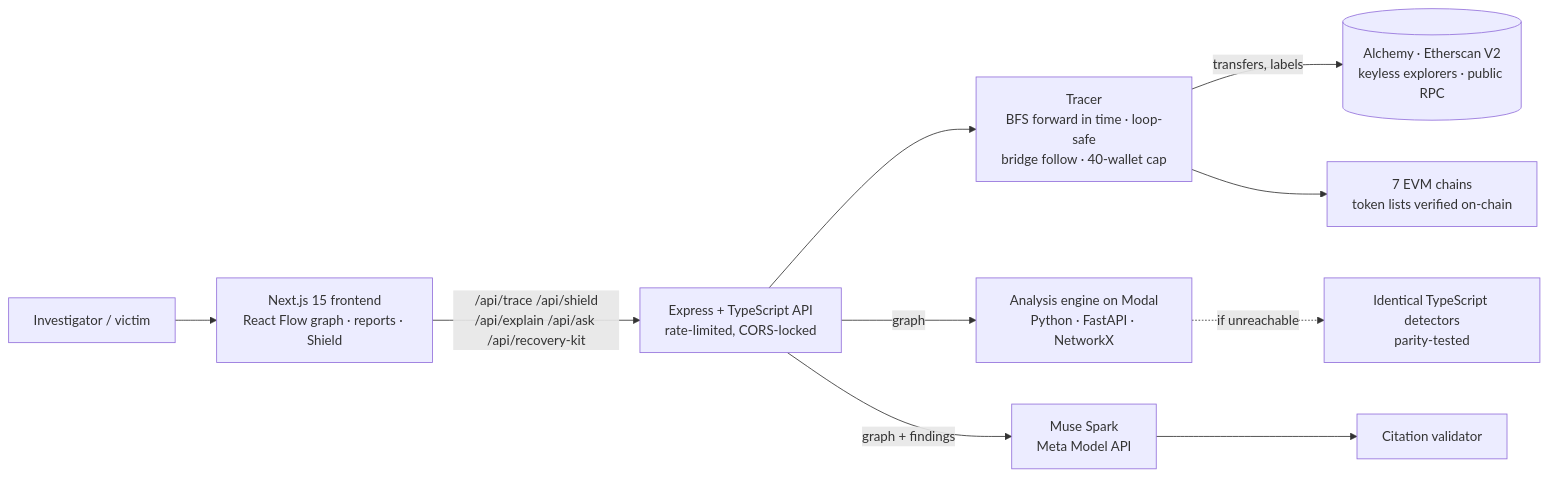
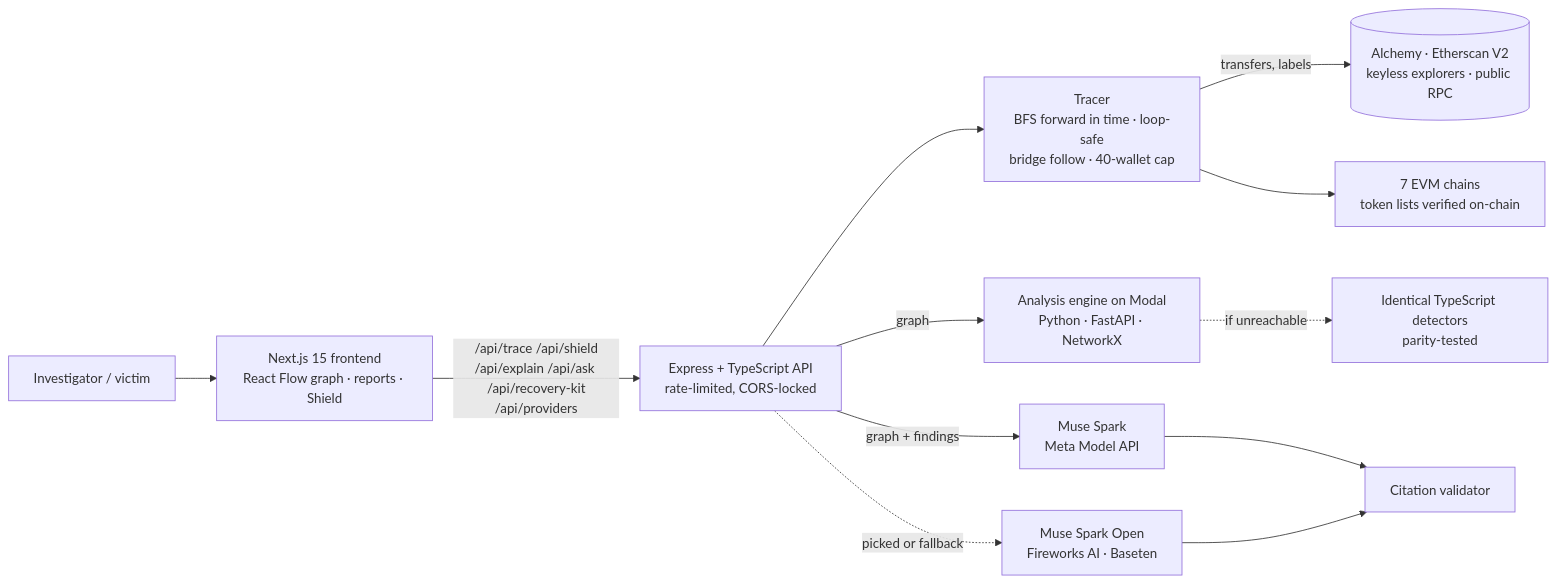
One commit to ekumahost/TraceX changed the diagram in README.md. Above: the diagram before and after it, drawn with Mermaid. The commit also changed other lines of this file and 9 other files, not shown here.

````diff
--- a/README.md
+++ b/README.md
@@ -95,12 +98,14 @@
 ```mermaid
 flowchart LR
   U[Investigator / victim] --> FE[Next.js 15 frontend<br/>React Flow graph · reports · Shield]
-  FE -->|/api/trace /api/shield<br/>/api/explain /api/ask /api/recovery-kit| BE[Express + TypeScript API<br/>rate-limited, CORS-locked]
+  FE -->|/api/trace /api/shield<br/>/api/explain /api/ask /api/recovery-kit<br/>/api/providers| BE[Express + TypeScript API<br/>rate-limited, CORS-locked]
   BE --> TR[Tracer<br/>BFS forward in time · loop-safe<br/>bridge follow · 40-wallet cap]
   TR -->|transfers, labels| DATA[(Alchemy · Etherscan V2<br/>keyless explorers · public RPC)]
   TR --> CH[7 EVM chains<br/>token lists verified on-chain]
   BE -->|graph| MO[Analysis engine on Modal<br/>Python · FastAPI · NetworkX]
   MO -.->|if unreachable| TS[Identical TypeScript detectors<br/>parity-tested]
   BE -->|graph + findings| META[Muse Spark<br/>Meta Model API]
+  BE -.->|picked or fallback| OPEN[Muse Spark Open<br/>Fireworks AI · Baseten]
   META --> V[Citation validator]
+  OPEN --> V
 ```
````
